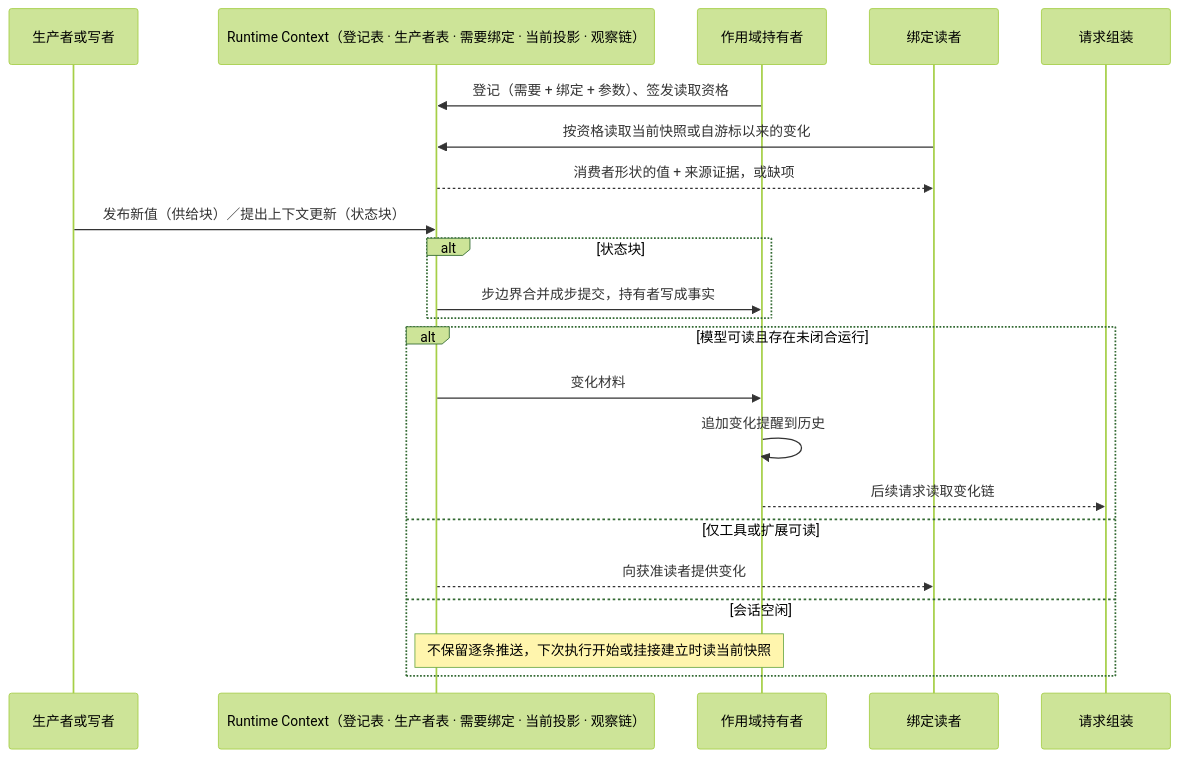
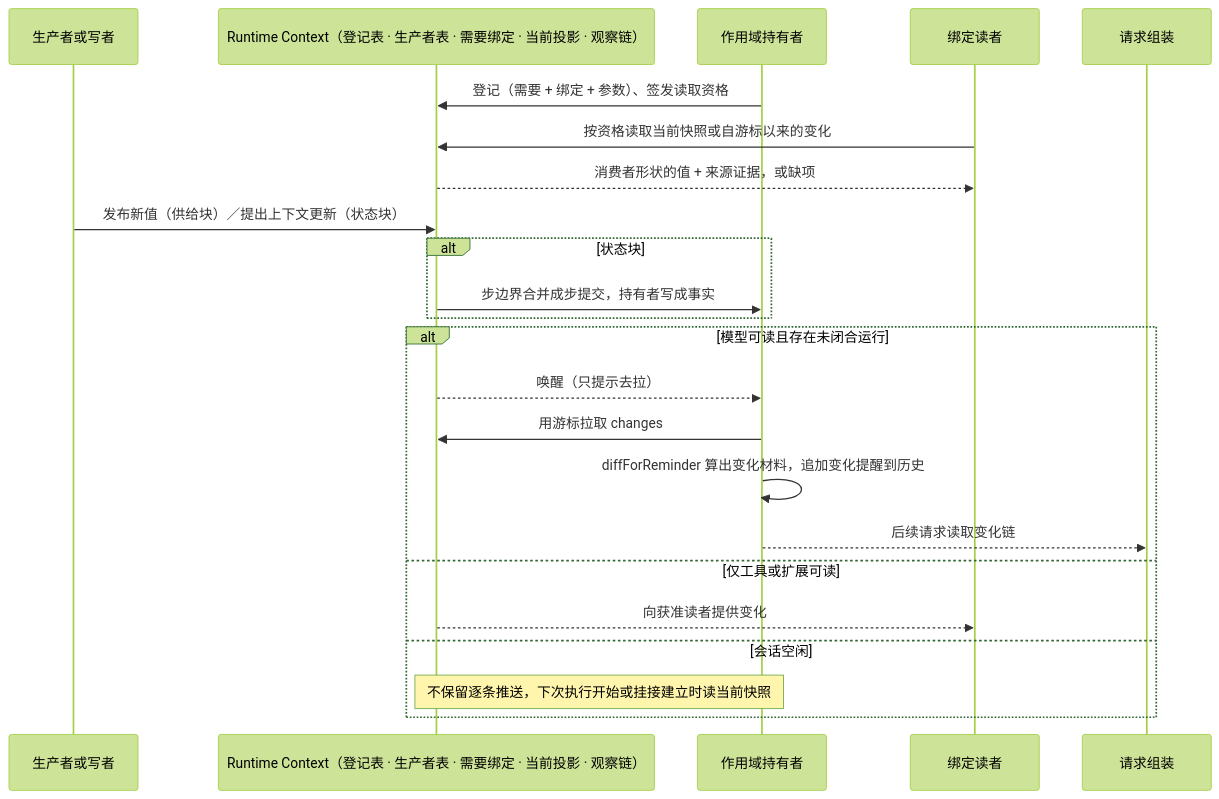
The first of 2 diagrams in docs/architecture/runtime/runtime-context.md (nemori-ai/omne-harness-lite), drawn with Mermaid (forest theme) before and after one commit. The commit also changed other lines of this file and 70 other files, not shown here.

````diff
--- a/docs/architecture/runtime/runtime-context.md
+++ b/docs/architecture/runtime/runtime-context.md
@@ -69,24 +69,25 @@
 ```mermaid
 sequenceDiagram
     participant P as 生产者或写者
     participant C as Runtime Context（登记表 · 生产者表 · 需要绑定 · 当前投影 · 观察链）
     participant H as 作用域持有者
     participant R as 绑定读者
     participant Q as 请求组装
     H->>C: 登记（需要 + 绑定 + 参数）、签发读取资格
     R->>C: 按资格读取当前快照或自游标以来的变化
     C-->>R: 消费者形状的值 + 来源证据，或缺项
     P->>C: 发布新值（供给块）／提出上下文更新（状态块）
     alt 状态块
         C->>H: 步边界合并成步提交，持有者写成事实
     end
     alt 模型可读且存在未闭合运行
-        C->>H: 变化材料
-        H->>H: 追加变化提醒到历史
+        C-->>H: 唤醒（只提示去拉）
+        H->>C: 用游标拉取 changes
+        H->>H: diffForReminder 算出变化材料，追加变化提醒到历史
         H-->>Q: 后续请求读取变化链
     else 仅工具或扩展可读
         C-->>R: 向获准读者提供变化
     else 会话空闲
         Note over C,H: 不保留逐条推送，下次执行开始或挂接建立时读当前快照
     end
 ```
````
